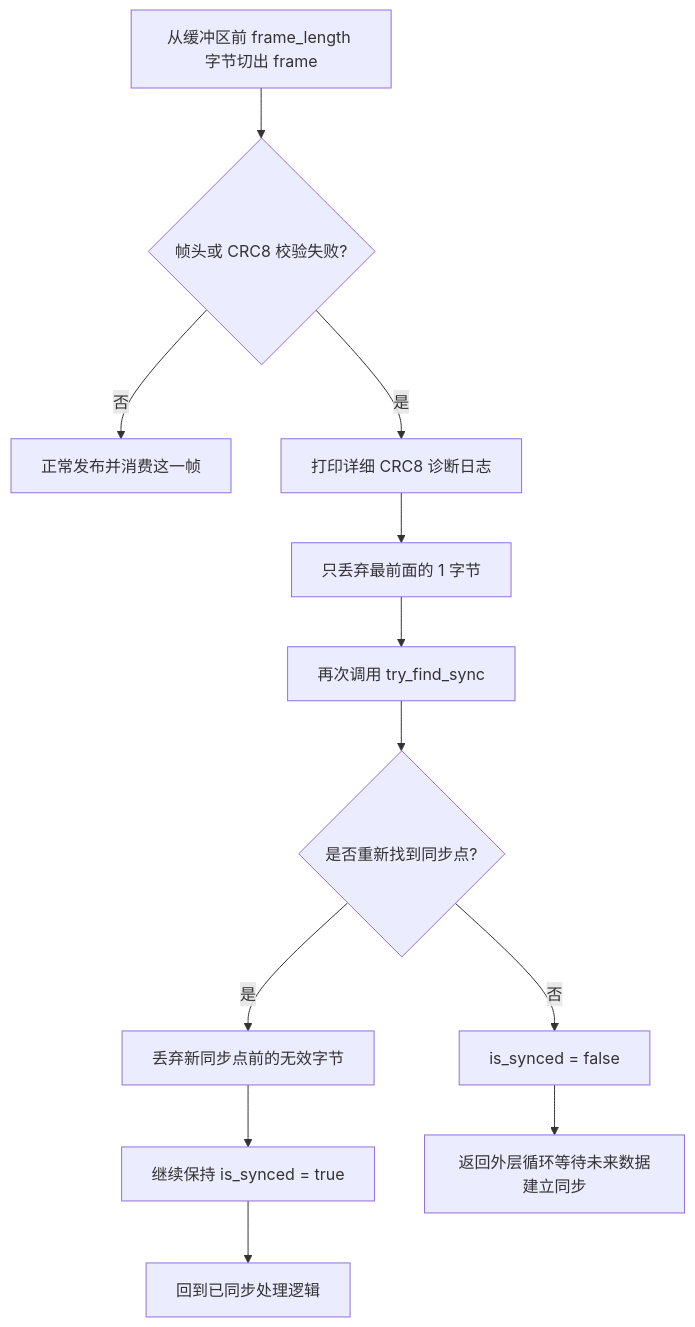
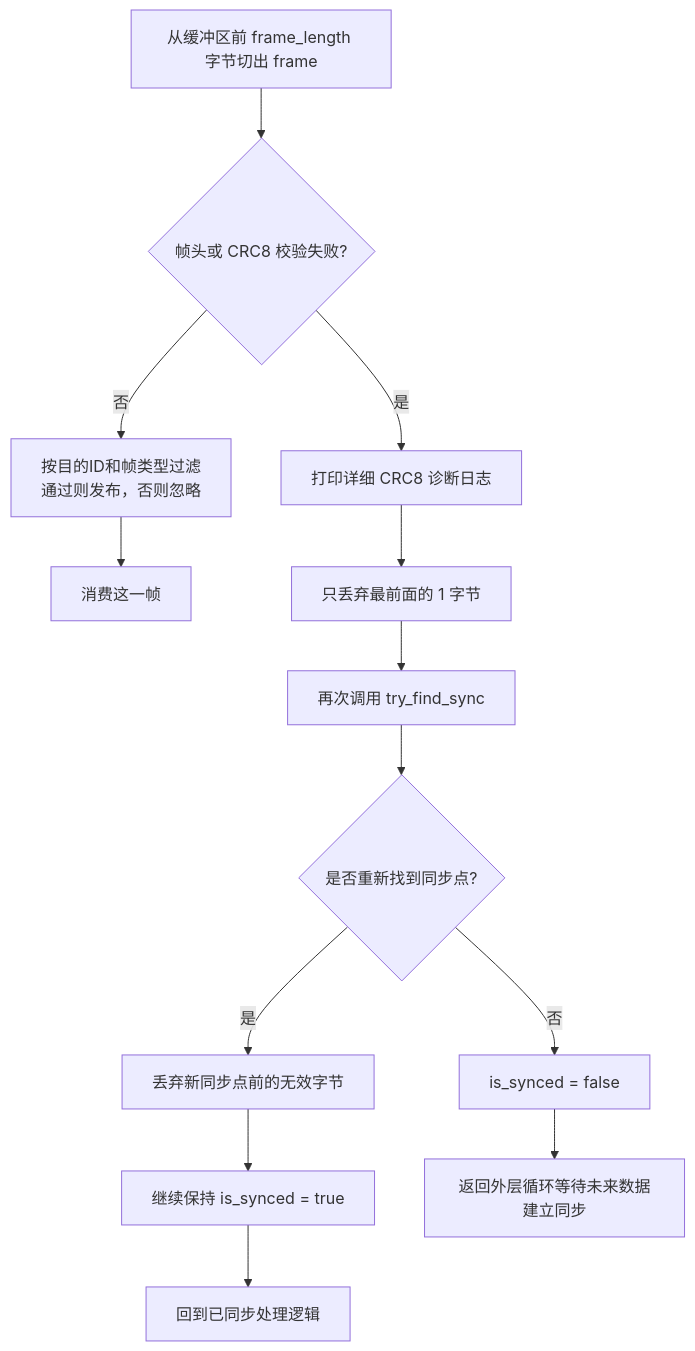
Before and after one commit to ecuster21/MissionComputerTeach: the second of 2 diagrams in docs/frame_sync/04_校验失败重同步.md, drawn with Mermaid. The commit also changed other lines of this file and 11 other files, not shown here.

````diff
--- a/docs/frame_sync/04_校验失败重同步.md
+++ b/docs/frame_sync/04_校验失败重同步.md
@@ -20,14 +20,15 @@
 ```mermaid
 flowchart TB
     A[从缓冲区前 frame_length 字节切出 frame] --> B{帧头或 CRC8 校验失败?}
-    B -- 否 --> C[正常发布并消费这一帧]
+    B -- 否 --> C[按目的ID和帧类型过滤<br/>通过则发布，否则忽略]
+    C --> C1[消费这一帧]
     B -- 是 --> D[打印详细 CRC8 诊断日志]
     D --> E[只丢弃最前面的 1 字节]
     E --> F[再次调用 try_find_sync]
     F --> G{是否重新找到同步点?}
     G -- 是 --> H[丢弃新同步点前的无效字节]
     H --> I[继续保持 is_synced = true]
     I --> J[回到已同步处理逻辑]
     G -- 否 --> K[is_synced = false]
     K --> L[返回外层循环等待未来数据建立同步]
 ```
````
